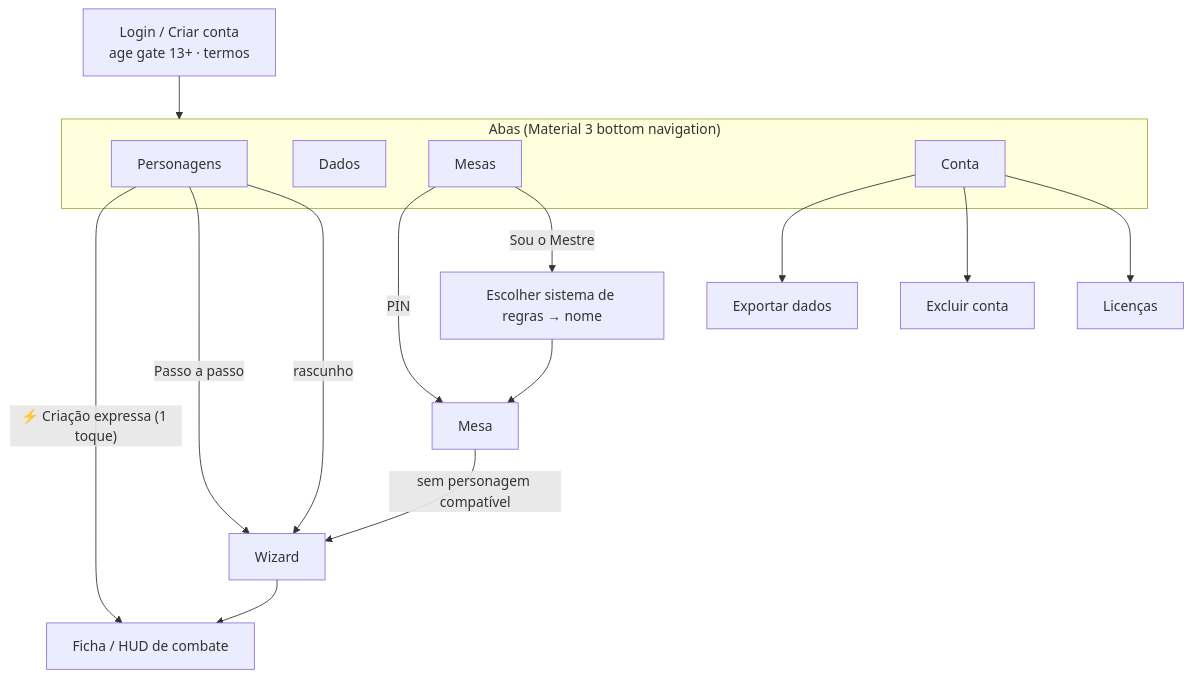
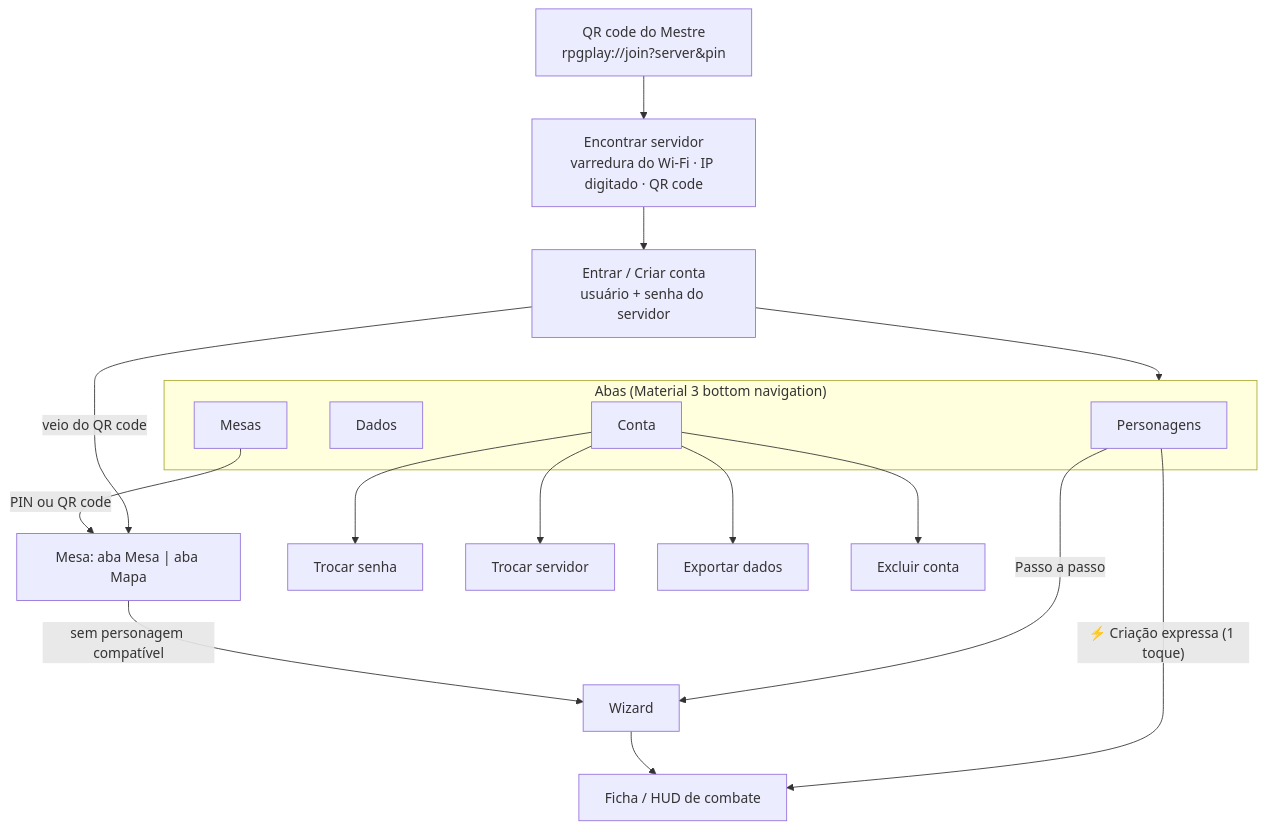
One commit to PedroASenna/Ficha-de-Personagem-de-RPG changed the diagram in docs/UX_FLOWS.md. Above: the diagram before and after it, drawn with Mermaid. The commit also changed other lines of this file and 9 other files, not shown here.

````diff
--- a/docs/UX_FLOWS.md
+++ b/docs/UX_FLOWS.md
@@ -7,18 +7,19 @@
 ```mermaid
 flowchart TD
-  Login["Login / Criar conta<br/>age gate 13+ · termos"] --> Tabs
+  Server["Encontrar servidor<br/>varredura do Wi-Fi · IP digitado · QR code"] --> Login["Entrar / Criar conta<br/>usuário + senha do servidor"]
+  QR["QR code do Mestre<br/>rpgplay://join?server&pin"] --> Server
+  Login --> Tabs
   subgraph Tabs["Abas (Material 3 bottom navigation)"]
     Chars["Personagens"]
     Dice["Dados"]
     Rooms["Mesas"]
     Account["Conta"]
   end
+  Login -- "veio do QR code" --> Room
   Chars -- "⚡ Criação expressa (1 toque)" --> HUD["Ficha / HUD de combate"]
   Chars -- "Passo a passo" --> Wizard
-  Chars -- "rascunho" --> Wizard
   Wizard --> HUD
-  Rooms -- "PIN" --> Room["Mesa"]
-  Rooms -- "Sou o Mestre" --> Create["Escolher sistema de regras → nome"] --> Room
+  Rooms -- "PIN ou QR code" --> Room["Mesa: aba Mesa | aba Mapa"]
   Room -- "sem personagem compatível" --> Wizard
-  Account --> Export["Exportar dados"] & Delete["Excluir conta"] & Licenses["Licenças"]
+  Account --> Pass["Trocar senha"] & Switch["Trocar servidor"] & Export["Exportar dados"] & Delete["Excluir conta"]
 ```
````
